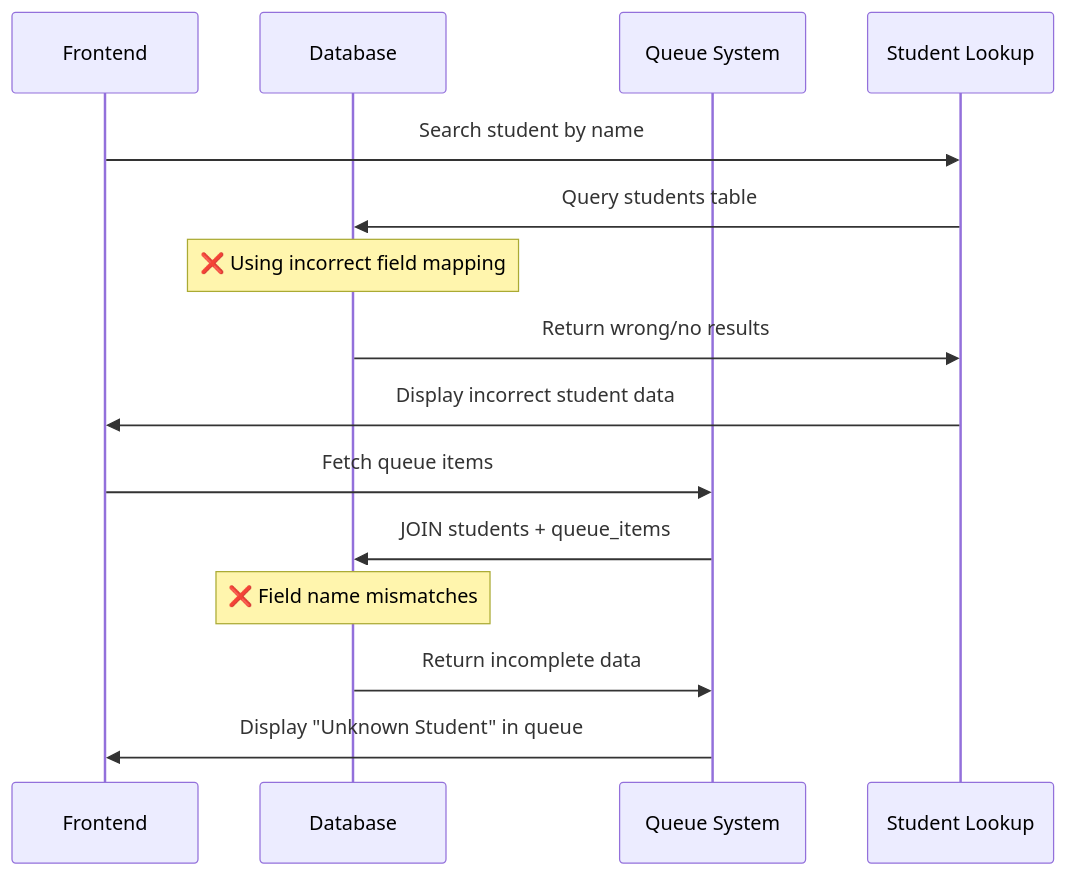
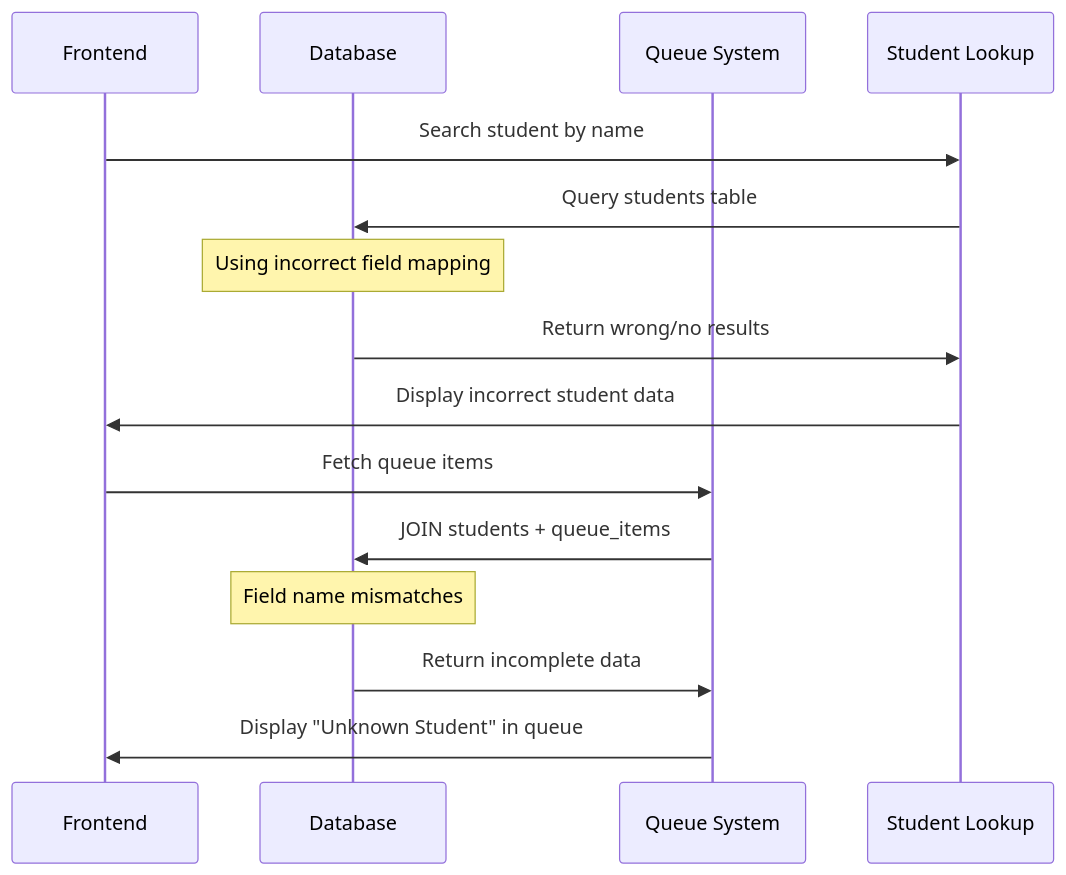
One commit to Splurfa/bx-os changed the third of 4 diagrams in Docs/Flowcharts/Current-State/03-current-database-schema.md. Above: the diagram before and after it, drawn with Mermaid. The commit also changed other lines of this file and 12 other files, not shown here.

First line of the commit message:
Fix flowchart syntax and numbering

````diff
--- a/Docs/Flowcharts/Current-State/03-current-database-schema.md
+++ b/Docs/Flowcharts/Current-State/03-current-database-schema.md
@@ -115,19 +115,19 @@
 ```mermaid
 sequenceDiagram
     participant UI as Frontend
     participant DB as Database
     participant Q as Queue System
     participant S as Student Lookup
 
     UI->>S: Search student by name
     S->>DB: Query students table
-    Note over DB: ❌ Using incorrect field mapping
+    Note over DB: Using incorrect field mapping
     DB->>S: Return wrong/no results
     S->>UI: Display incorrect student data
     
     UI->>Q: Fetch queue items
     Q->>DB: JOIN students + queue_items
-    Note over DB: ❌ Field name mismatches
+    Note over DB: Field name mismatches
     DB->>Q: Return incomplete data
     Q->>UI: Display "Unknown Student" in queue
 ```
````
